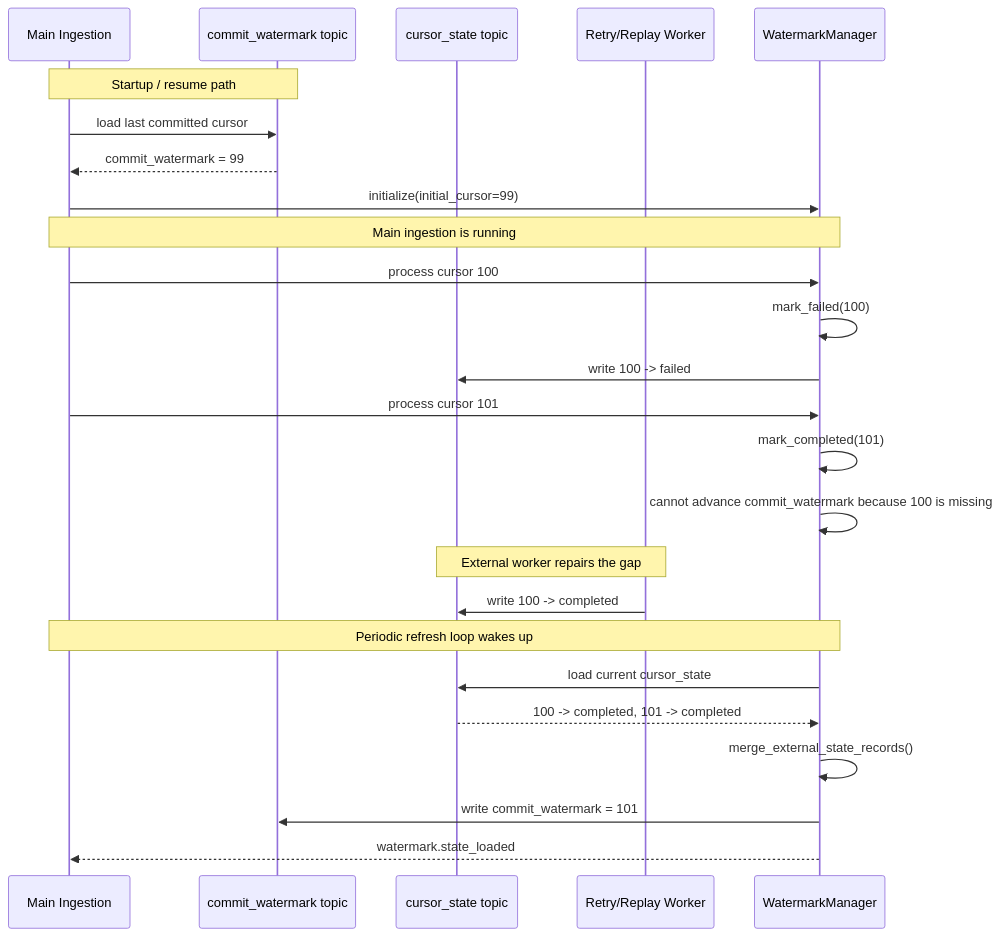
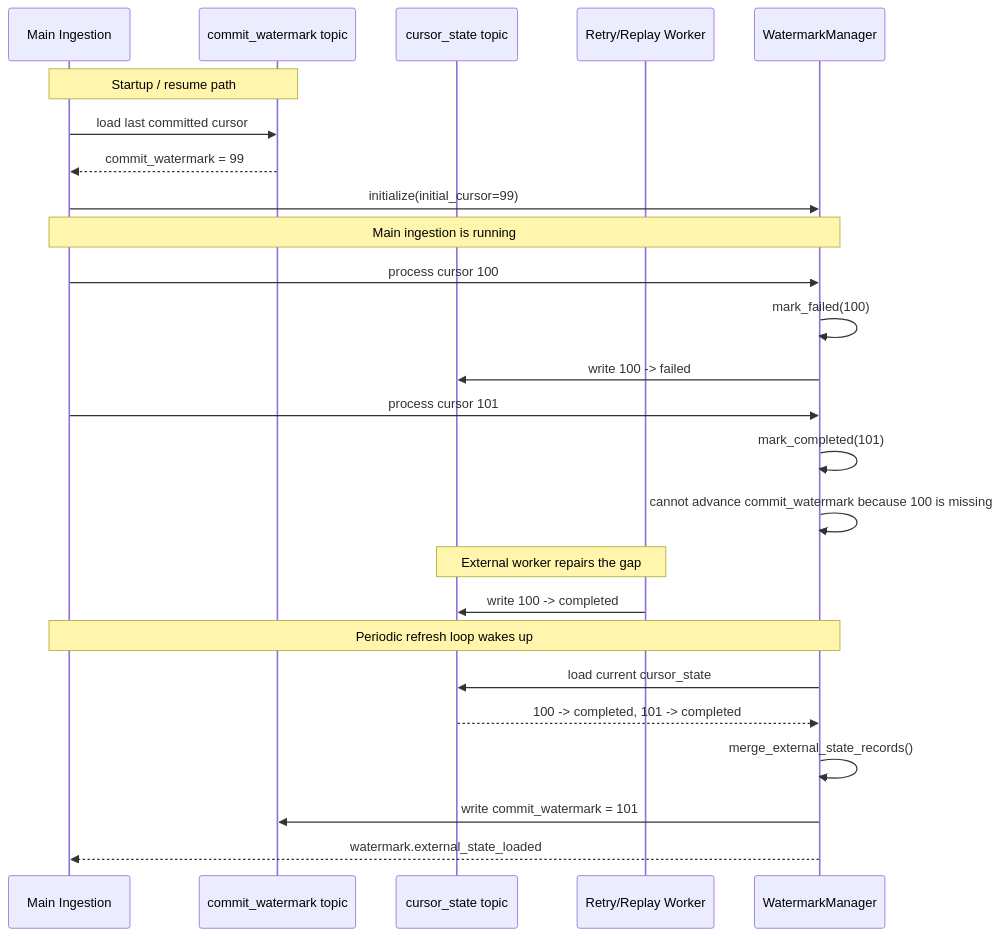
Before and after one commit to chainlake/chainlake-flow: the diagram in docs/watermark_recovery.md, drawn with Mermaid. The commit also changed other lines of this file and 11 other files, not shown here.

````diff
--- a/docs/watermark_recovery.md
+++ b/docs/watermark_recovery.md
@@ -40,36 +42,36 @@
 ```mermaid
 sequenceDiagram
     participant Main as Main Ingestion
     participant CW as commit_watermark topic
     participant CS as cursor_state topic
     participant Retry as Retry/Replay Worker
     participant WM as WatermarkManager
 
     Note over Main,CW: Startup / resume path
 
     Main->>CW: load last committed cursor
     CW-->>Main: commit_watermark = 99
     Main->>WM: initialize(initial_cursor=99)
 
     Note over Main,WM: Main ingestion is running
 
     Main->>WM: process cursor 100
     WM->>WM: mark_failed(100)
     WM->>CS: write 100 -> failed
 
     Main->>WM: process cursor 101
     WM->>WM: mark_completed(101)
     WM->>WM: cannot advance commit_watermark because 100 is missing
 
     Note over Retry,CS: External worker repairs the gap
 
     Retry->>CS: write 100 -> completed
 
     Note over Main,WM: Periodic refresh loop wakes up
     WM->>CS: load current cursor_state
     CS-->>WM: 100 -> completed, 101 -> completed
     WM->>WM: merge_external_state_records()
     WM->>CW: write commit_watermark = 101
 
-    WM-->>Main: watermark.state_loaded
+    WM-->>Main: watermark.external_state_loaded
 ```
````
